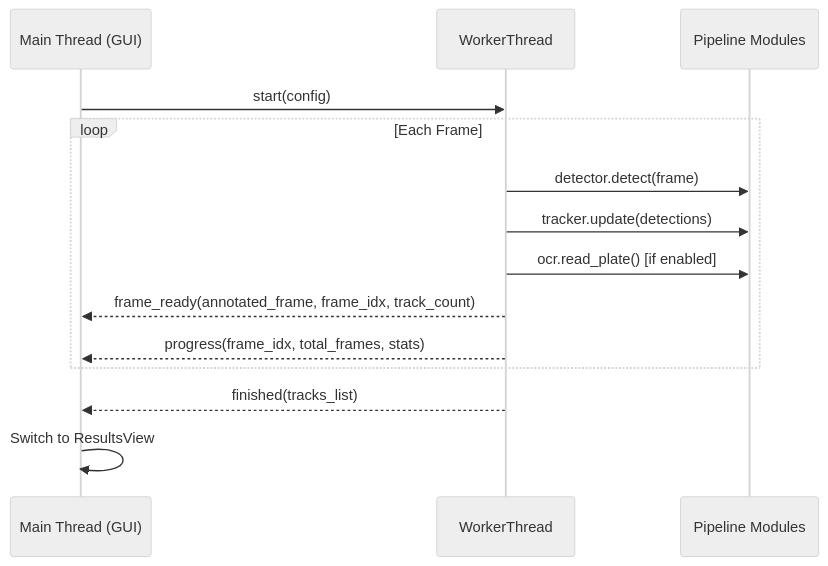
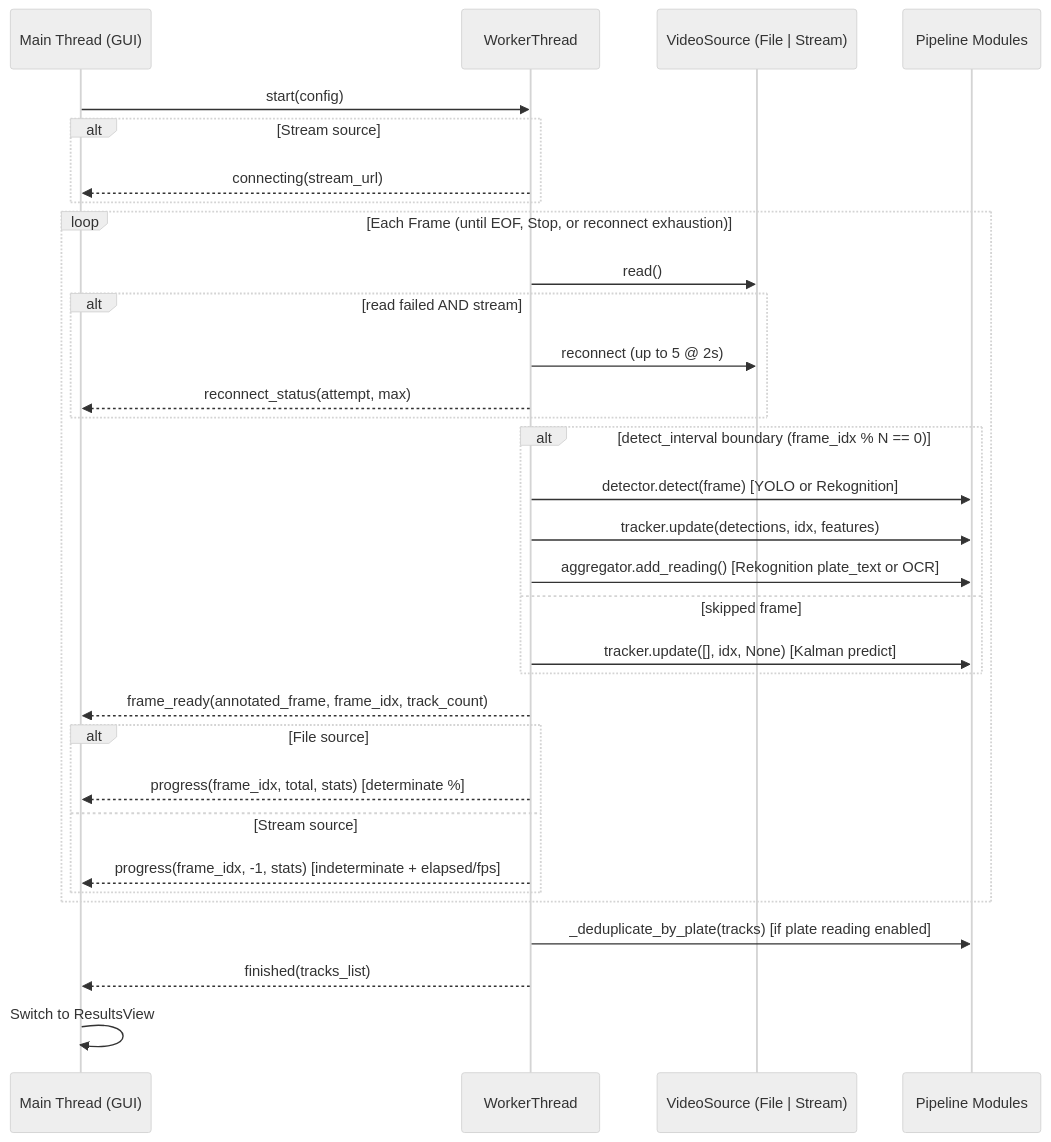
One commit to hkoyato/OpusLaneSite changed the second of 3 diagrams in .kiro/specs/lanesight-gui/design.md. Above: the diagram before and after it, drawn with Mermaid (neutral theme). The commit also changed other lines of this file and 22 other files, not shown here.

First line of the commit message:
feat(gui): extend GUI with stream input, Rekognition backend, detect interval, dedup, no-output mode; hide unimplemented nav entries

````diff
--- a/.kiro/specs/lanesight-gui/design.md
+++ b/.kiro/specs/lanesight-gui/design.md
@@ -68,17 +86,35 @@
 ```mermaid
 sequenceDiagram
     participant UI as Main Thread (GUI)
     participant WT as WorkerThread
+    participant VS as VideoSource (File | Stream)
     participant P as Pipeline Modules
 
     UI->>WT: start(config)
-    loop Each Frame
-        WT->>P: detector.detect(frame)
-        WT->>P: tracker.update(detections)
-        WT->>P: ocr.read_plate() [if enabled]
+    alt Stream source
+        WT-->>UI: connecting(stream_url)
+    end
+    loop Each Frame (until EOF, Stop, or reconnect exhaustion)
+        WT->>VS: read()
+        alt read failed AND stream
+            WT->>VS: reconnect (up to 5 @ 2s)
+            WT-->>UI: reconnect_status(attempt, max)
+        end
+        alt detect_interval boundary (frame_idx % N == 0)
+            WT->>P: detector.detect(frame)  [YOLO or Rekognition]
+            WT->>P: tracker.update(detections, idx, features)
+            WT->>P: aggregator.add_reading() [Rekognition plate_text or OCR]
+        else skipped frame
+            WT->>P: tracker.update([], idx, None)  [Kalman predict]
+        end
         WT-->>UI: frame_ready(annotated_frame, frame_idx, track_count)
-        WT-->>UI: progress(frame_idx, total_frames, stats)
+        alt File source
+            WT-->>UI: progress(frame_idx, total, stats)  [determinate %]
+        else Stream source
+            WT-->>UI: progress(frame_idx, -1, stats)  [indeterminate + elapsed/fps]
+        end
     end
+    WT->>P: _deduplicate_by_plate(tracks) [if plate reading enabled]
     WT-->>UI: finished(tracks_list)
     UI->>UI: Switch to ResultsView
 ```
````
